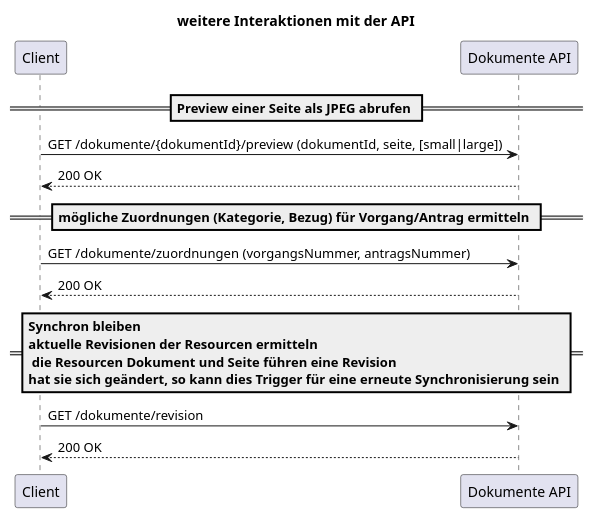
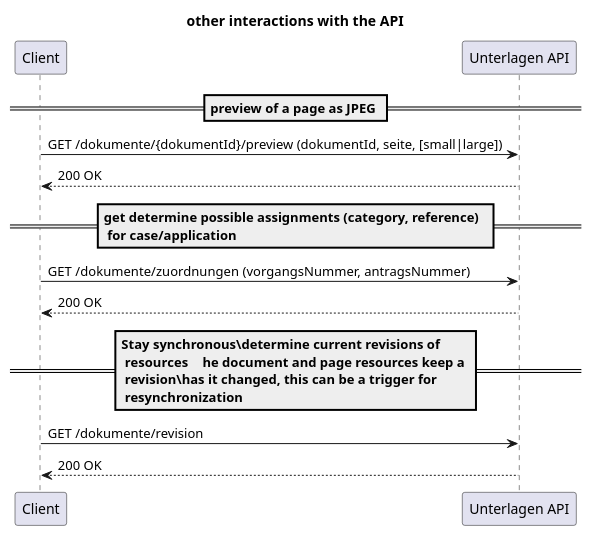
One commit to europace/unterlagen-api changed the diagram in docs/Sonstiges.puml. Above: the diagram before and after it, drawn with PlantUML. The commit also changed 5 other files, not shown here.

```diff
--- a/docs/Sonstiges.puml
+++ b/docs/Sonstiges.puml
@@ -1,19 +1,19 @@
 @startuml
-title weitere Interaktionen mit der API
+title other interactions with the API
 
 participant Client as c
-participant "Dokumente API" as api
+participant "Unterlagen API" as api
 
-== Preview einer Seite als JPEG abrufen ==
+== preview of a page as JPEG ==
 c -> api: GET /dokumente/{dokumentId}/preview (dokumentId, seite, [small|large])
 api --> c: 200 OK
 
-== mögliche Zuordnungen (Kategorie, Bezug) für Vorgang/Antrag ermitteln ==
+== get determine possible assignments (category, reference)  \n for case/application ==
 c -> api: GET /dokumente/zuordnungen (vorgangsNummer, antragsNummer)
 api --> c: 200 OK
 
-== Synchron bleiben\naktuelle Revisionen der Resourcen ermitteln\n die Resourcen Dokument und Seite führen eine Revision\nhat sie sich geändert, so kann dies Trigger für eine erneute Synchronisierung sein ==
+== Stay synchronous\determine current revisions of \n resources\the document and page resources keep a \n revision\has it changed, this can be a trigger for  \n resynchronization ==
 c -> api: GET /dokumente/revision
 api --> c: 200 OK
 
 @enduml
```
